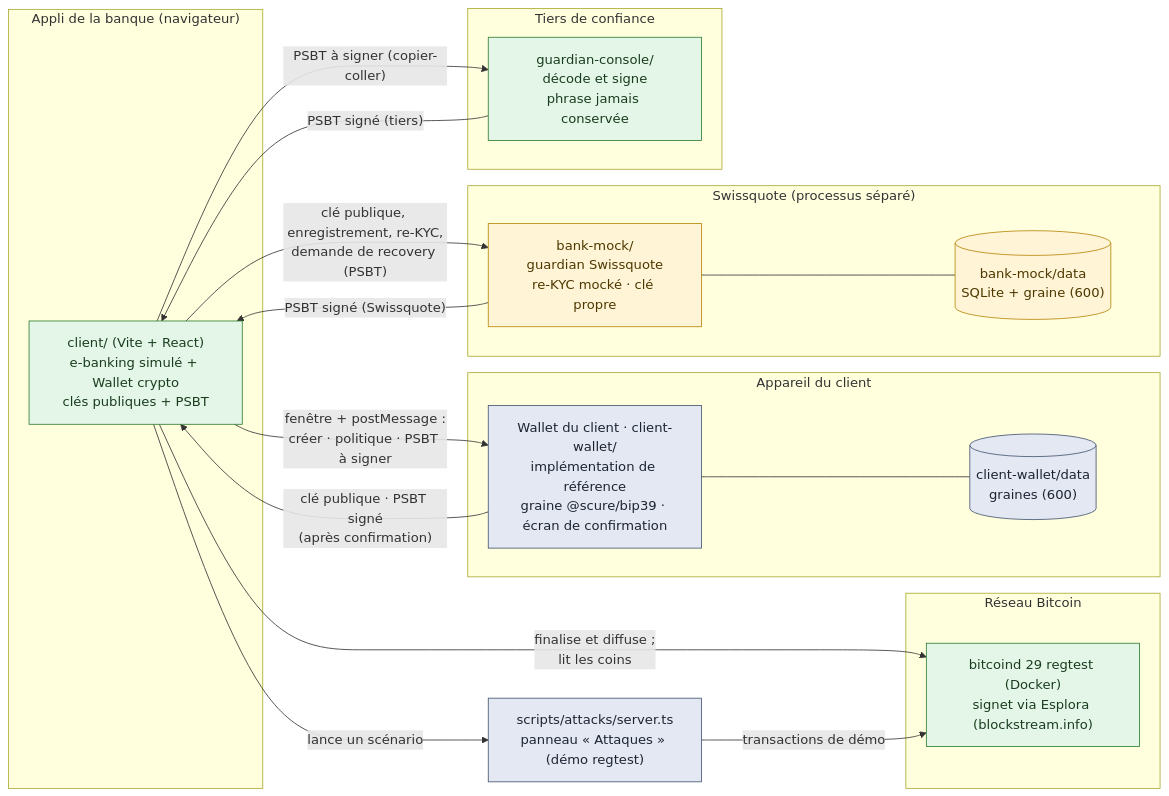
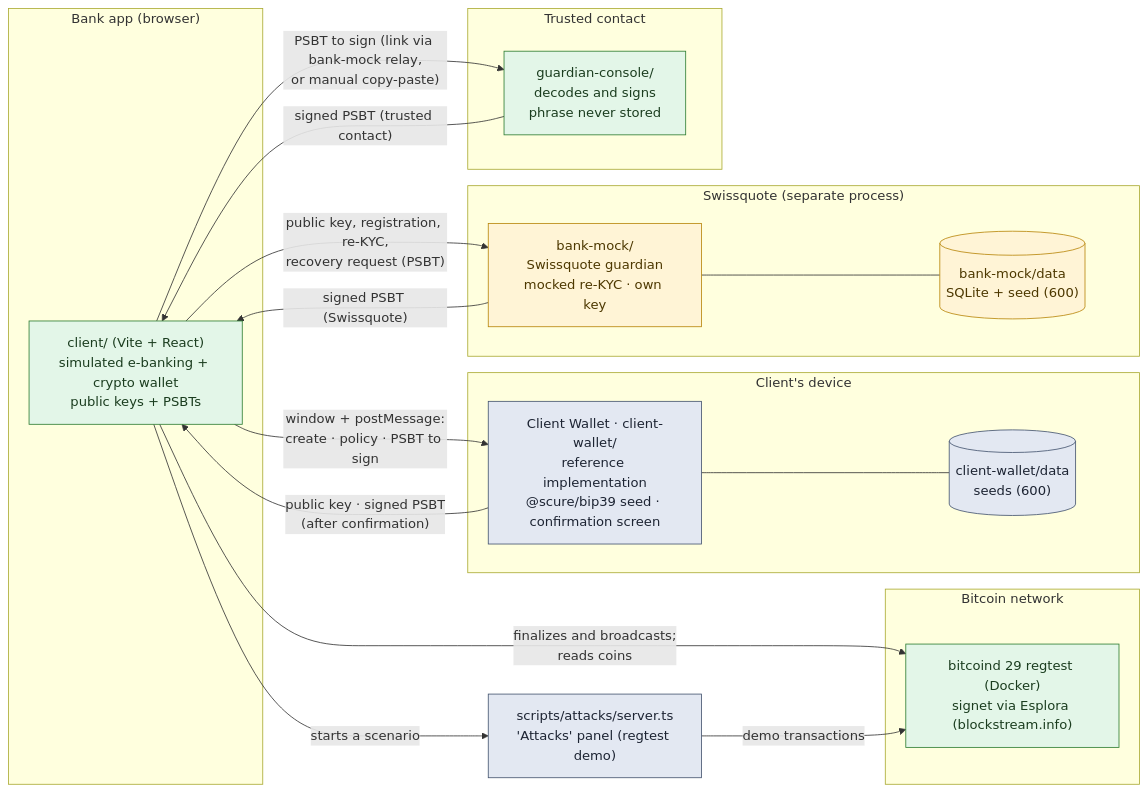
The first of 2 diagrams in docs/architecture.md (bilfrux/Swissquote-Wallet), drawn with Mermaid before and after one commit. The commit also changed other lines of this file and 21 other files, not shown here.

````diff
--- a/docs/architecture.md
+++ b/docs/architecture.md
@@ -8,42 +8,42 @@
 ```mermaid
 flowchart LR
   classDef reel fill:#e3f6e8,stroke:#2e7d32,color:#1b3d1f
   classDef mock fill:#fff4d6,stroke:#b8860b,color:#4d3800
   classDef demo fill:#e3e8f2,stroke:#44546f,color:#1d2433
 
-  subgraph Banque["Appli de la banque (navigateur)"]
-    APP["client/ (Vite + React)<br/>e-banking simulé + Wallet crypto<br/>clés publiques + PSBT"]:::reel
+  subgraph Banque["Bank app (browser)"]
+    APP["client/ (Vite + React)<br/>simulated e-banking + crypto wallet<br/>public keys + PSBTs"]:::reel
   end
 
-  subgraph Appareil["Appareil du client"]
-    WALLET["Wallet du client · client-wallet/<br/>implémentation de référence<br/>graine @scure/bip39 · écran de confirmation"]:::demo
-    WDB[("client-wallet/data<br/>graines (600)")]:::demo
+  subgraph Appareil["Client's device"]
+    WALLET["Client Wallet · client-wallet/<br/>reference implementation<br/>@scure/bip39 seed · confirmation screen"]:::demo
+    WDB[("client-wallet/data<br/>seeds (600)")]:::demo
   end
 
-  subgraph SQ["Swissquote (processus séparé)"]
-    BANK["bank-mock/<br/>guardian Swissquote<br/>re-KYC mocké · clé propre"]:::mock
-    DB[("bank-mock/data<br/>SQLite + graine (600)")]:::mock
+  subgraph SQ["Swissquote (separate process)"]
+    BANK["bank-mock/<br/>Swissquote guardian<br/>mocked re-KYC · own key"]:::mock
+    DB[("bank-mock/data<br/>SQLite + seed (600)")]:::mock
   end
 
-  subgraph TIERS["Tiers de confiance"]
-    CONSOLE["guardian-console/<br/>décode et signe<br/>phrase jamais conservée"]:::reel
+  subgraph TIERS["Trusted contact"]
+    CONSOLE["guardian-console/<br/>decodes and signs<br/>phrase never stored"]:::reel
   end
 
-  subgraph CHAIN["Réseau Bitcoin"]
+  subgraph CHAIN["Bitcoin network"]
     NODE["bitcoind 29 regtest (Docker)<br/>signet via Esplora (blockstream.info)"]:::reel
   end
 
-  ATT["scripts/attacks/server.ts<br/>panneau « Attaques » (démo regtest)"]:::demo
+  ATT["scripts/attacks/server.ts<br/>'Attacks' panel (regtest demo)"]:::demo
 
-  APP -- "fenêtre + postMessage :<br/>créer · politique · PSBT à signer" --> WALLET
-  WALLET -- "clé publique · PSBT signé<br/>(après confirmation)" --> APP
+  APP -- "window + postMessage:<br/>create · policy · PSBT to sign" --> WALLET
+  WALLET -- "public key · signed PSBT<br/>(after confirmation)" --> APP
   WALLET --- WDB
-  APP -- "clé publique, enregistrement, re-KYC,<br/>demande de recovery (PSBT)" --> BANK
+  APP -- "public key, registration, re-KYC,<br/>recovery request (PSBT)" --> BANK
   BANK --- DB
-  BANK -- "PSBT signé (Swissquote)" --> APP
-  APP -- "PSBT à signer (copier-coller)" --> CONSOLE
-  CONSOLE -- "PSBT signé (tiers)" --> APP
-  APP -- "finalise et diffuse ;<br/>lit les coins" --> NODE
-  APP -- "lance un scénario" --> ATT
-  ATT -- "transactions de démo" --> NODE
+  BANK -- "signed PSBT (Swissquote)" --> APP
+  APP -- "PSBT to sign (link via bank-mock relay,<br/>or manual copy-paste)" --> CONSOLE
+  CONSOLE -- "signed PSBT (trusted contact)" --> APP
+  APP -- "finalizes and broadcasts;<br/>reads coins" --> NODE
+  APP -- "starts a scenario" --> ATT
+  ATT -- "demo transactions" --> NODE
 ```
````
